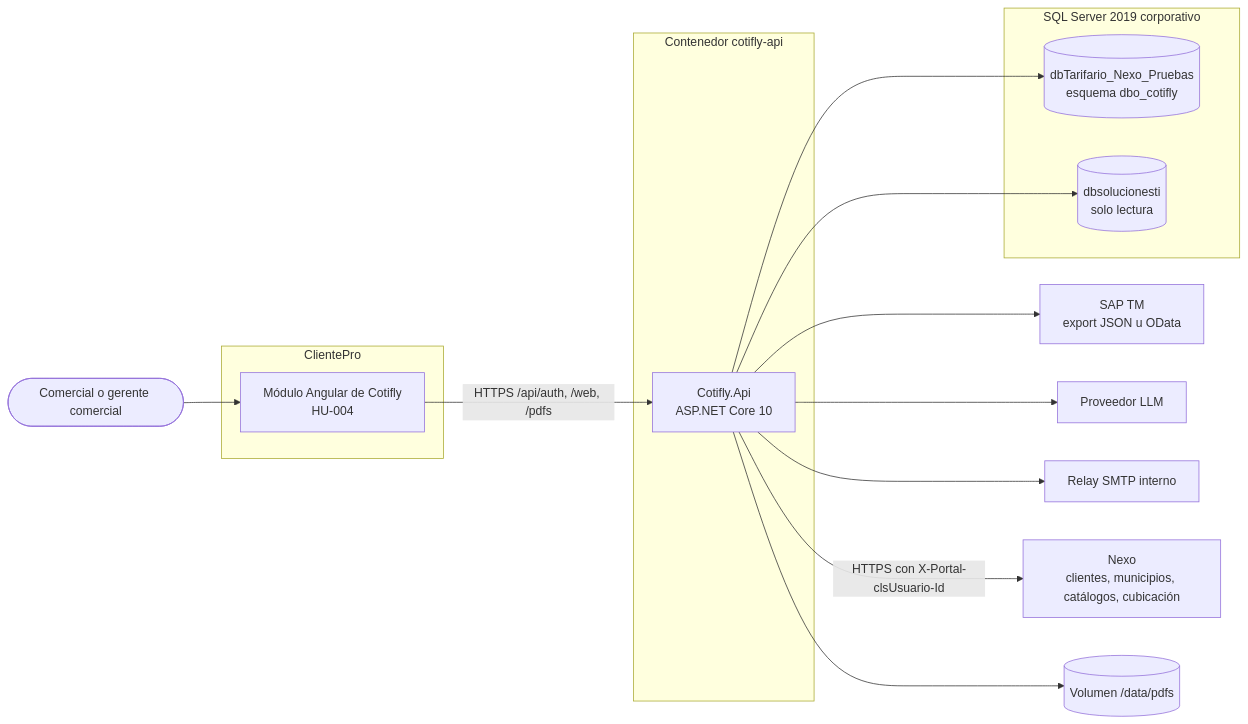
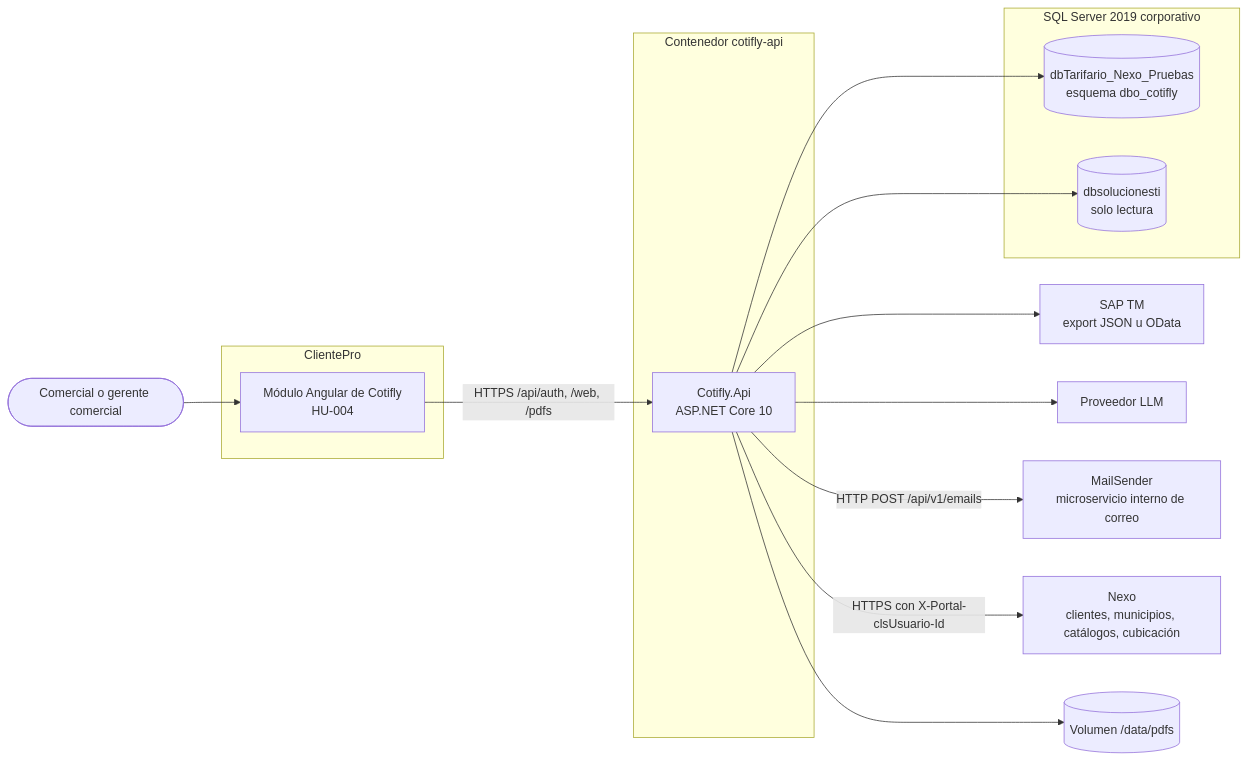
The first of 7 diagrams in backend-dotnet/docs/02-arquitectura.md (InnovacionIA-proyectos/Cotifly), drawn with Mermaid before and after one commit. The commit also changed other lines of this file and 25 other files, not shown here.

````diff
--- a/backend-dotnet/docs/02-arquitectura.md
+++ b/backend-dotnet/docs/02-arquitectura.md
@@ -27,29 +27,29 @@
 ```mermaid
 flowchart LR
     comercial([Comercial o gerente comercial])
     subgraph clientepro[ClientePro]
         front[Módulo Angular de Cotifly<br/>HU-004]
     end
     subgraph contenedor[Contenedor cotifly-api]
         api[Cotifly.Api<br/>ASP.NET Core 10]
     end
     subgraph sql[SQL Server 2019 corporativo]
         dbc[(dbTarifario_Nexo_Pruebas<br/>esquema dbo_cotifly)]
         dbi[(dbsolucionesti<br/>solo lectura)]
     end
     sap[SAP TM<br/>export JSON u OData]
     llm[Proveedor LLM]
-    smtp[Relay SMTP interno]
+    mails[MailSender<br/>microservicio interno de correo]
     nexo[Nexo<br/>clientes, municipios, catálogos, cubicación]
     pdfs[(Volumen /data/pdfs)]
 
     comercial --> front
     front -- "HTTPS /api/auth, /web, /pdfs" --> api
     api --> dbc
     api --> dbi
     api --> sap
     api --> llm
-    api --> smtp
+    api -- "HTTP POST /api/v1/emails" --> mails
     api -- "HTTPS con X-Portal-clsUsuario-Id" --> nexo
     api --> pdfs
 ```
````
